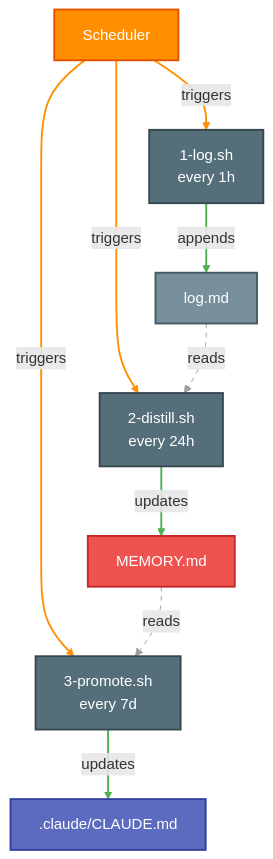
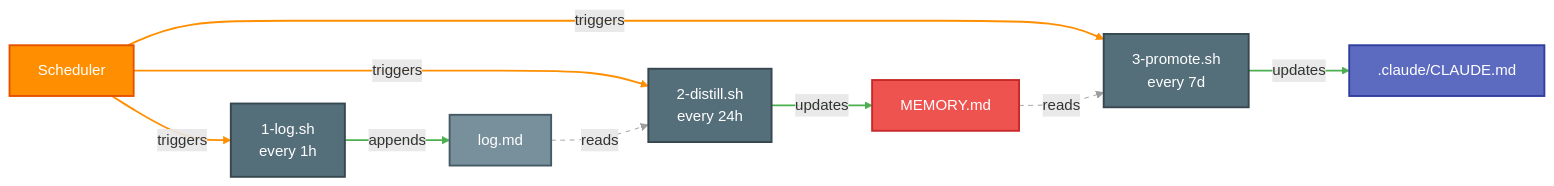
Before and after one commit to jameswniu/claude-os: the third of 3 diagrams in README.md, drawn with Mermaid. The commit also changed other lines of this file, not shown here.

Commit message:
Shrink Phase 2/3 and Automation diagrams: TD to LR

````diff
--- a/README.md
+++ b/README.md
@@ -55,27 +55,27 @@
 ```mermaid
-flowchart TD
+flowchart LR
     C["Scheduler"]
 
     C -- triggers --> L1["1-log.sh\nevery 1h"]
     C -- triggers --> L2["2-distill.sh\nevery 24h"]
     C -- triggers --> L3["3-promote.sh\nevery 7d"]
 
     L1 -- appends --> LOG["log.md"]
     L2 -- updates --> MEM["MEMORY.md"]
     L3 -- updates --> RUL[".claude/CLAUDE.md"]
 
     LOG -. reads .-> L2
     MEM -. reads .-> L3
 
     style C fill:#FF8F00,color:#fff,stroke:#E65100,stroke-width:2px
     style L1 fill:#546E7A,color:#fff,stroke:#37474F,stroke-width:2px
     style L2 fill:#546E7A,color:#fff,stroke:#37474F,stroke-width:2px
     style L3 fill:#546E7A,color:#fff,stroke:#37474F,stroke-width:2px
     style LOG fill:#78909C,color:#fff,stroke:#455A64,stroke-width:2px
     style MEM fill:#EF5350,color:#fff,stroke:#C62828,stroke-width:2px
     style RUL fill:#5C6BC0,color:#fff,stroke:#303F9F,stroke-width:2px
 
     linkStyle 0,1,2 stroke:#FF8F00,stroke-width:2px
     linkStyle 3,4,5 stroke:#4CAF50,stroke-width:2px
     linkStyle 6,7 stroke:#9E9E9E,stroke-width:1px,stroke-dasharray:5
 ```
````
